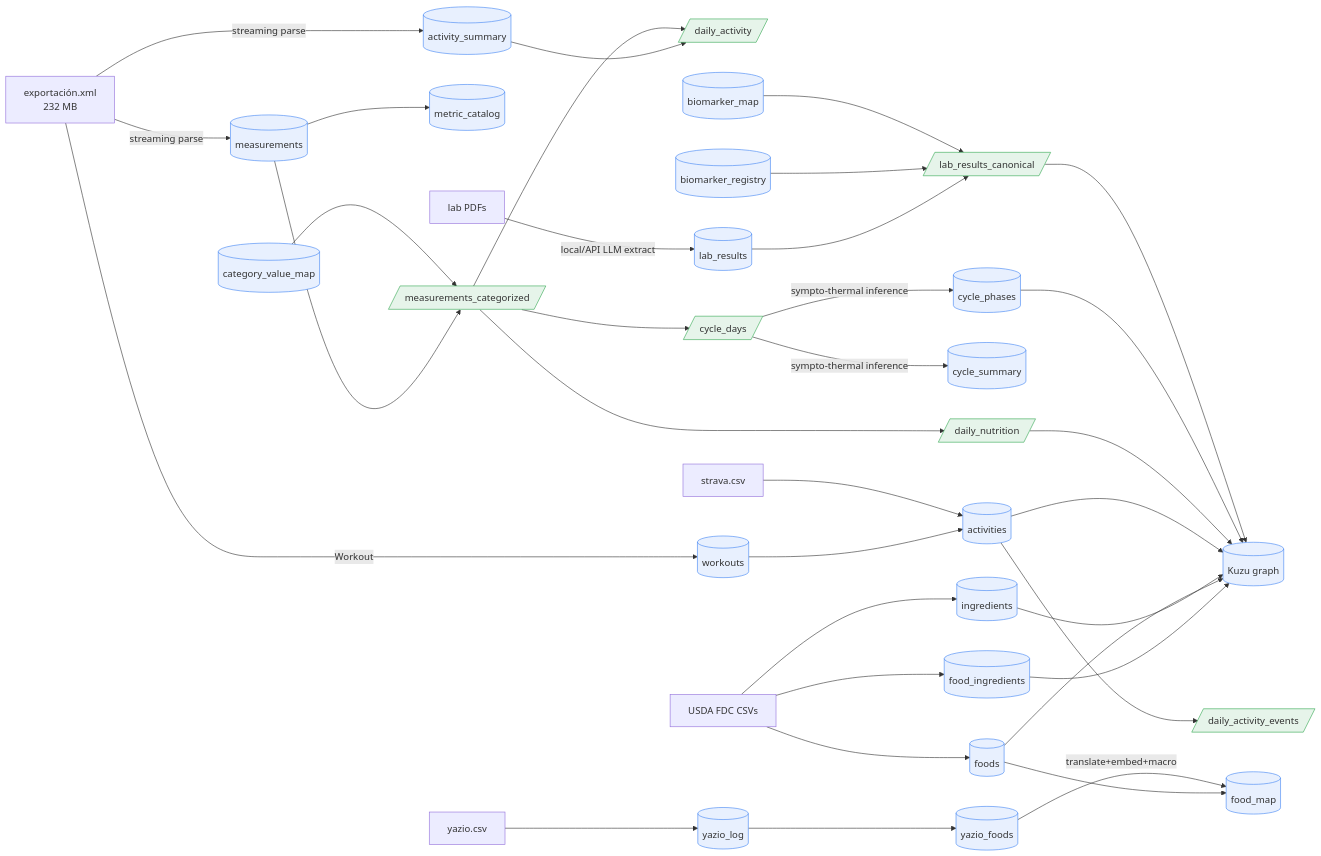
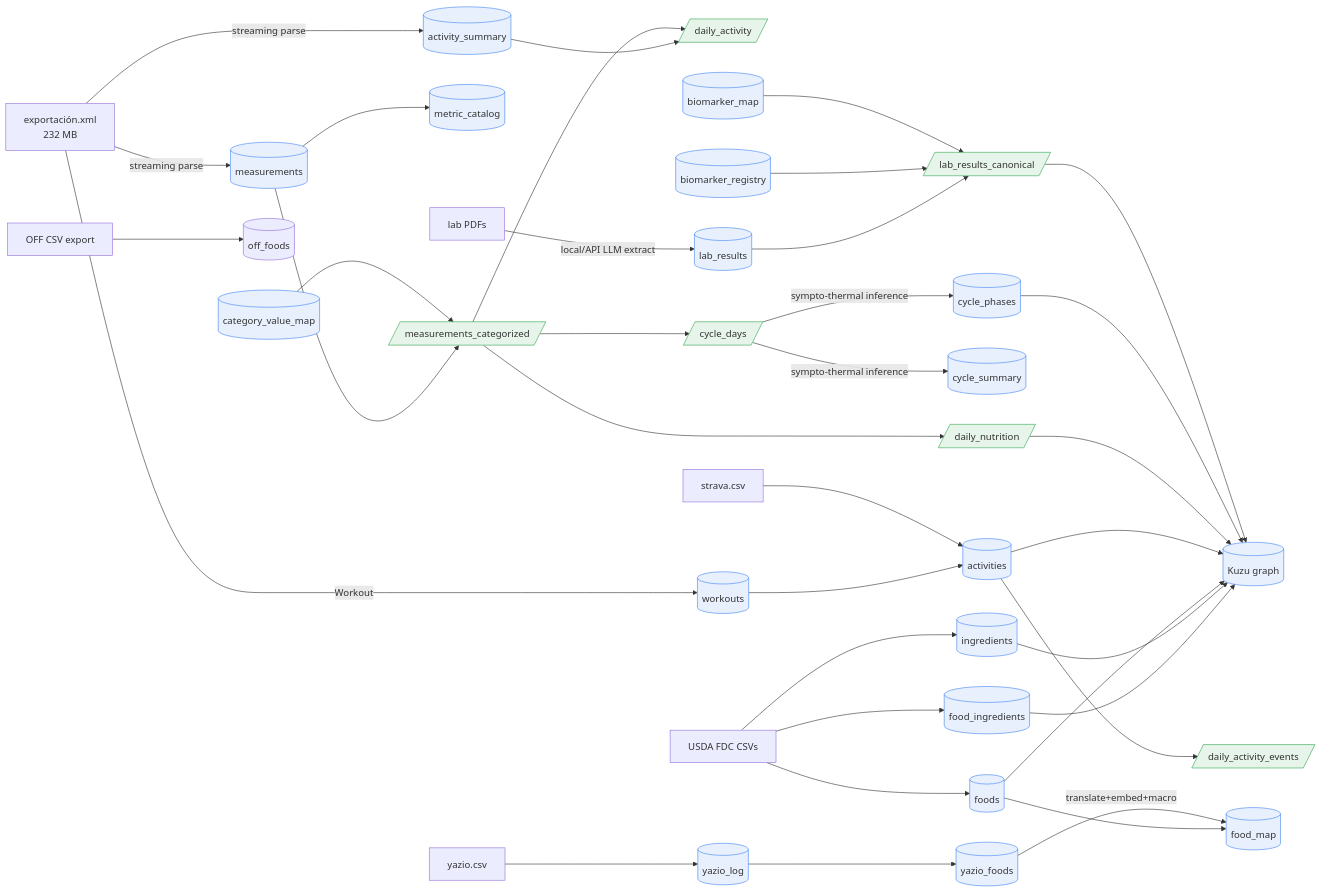
One commit to verapalotai/syncology changed the diagram in docs/schema.md. Above: the diagram before and after it, drawn with Mermaid. The commit also changed other lines of this file and 6 other files, not shown here.

````diff
--- a/docs/schema.md
+++ b/docs/schema.md
@@ -27,44 +27,45 @@
 ```mermaid
 flowchart LR
   XML[exportación.xml\n232 MB] -->|streaming parse| M[(measurements)]
   XML -->|streaming parse| AS[(activity_summary)]
   M --> MC[(metric_catalog)]
   CVM[(category_value_map)] --> CAT[/measurements_categorized/]
   M --> CAT
   CAT --> DA[/daily_activity/]
   AS --> DA
   CAT --> DN[/daily_nutrition/]
   CAT --> CD[/cycle_days/]
   CD -->|sympto-thermal inference| CP[(cycle_phases)]
   CD -->|sympto-thermal inference| CS[(cycle_summary)]
 
   PDF[lab PDFs] -->|local/API LLM extract| LR[(lab_results)]
   BM[(biomarker_map)] --> LC[/lab_results_canonical/]
   BR[(biomarker_registry)] --> LC
   LR --> LC
 
   STV[strava.csv] --> ACT[(activities)]
   XML -->|Workout| WK[(workouts)]
   WK --> ACT
   ACT --> DAE[/daily_activity_events/]
 
   FDC[USDA FDC CSVs] --> FD[(foods)]
   FDC --> ING[(ingredients)]
   FDC --> FI[(food_ingredients)]
+  OFF[OFF CSV export] --> OF[(off_foods)]
   YZ[yazio.csv] --> YL[(yazio_log)] --> YF[(yazio_foods)]
   YF -->|translate+embed+macro| FM[(food_map)]
   FD --> FM
 
   LC --> KG[(Kuzu graph)]
   CP --> KG
   DN --> KG
   ACT --> KG
   FD --> KG
   ING --> KG
   FI --> KG
 
   classDef tbl fill:#e8f0fe,stroke:#4285f4;
   classDef view fill:#e6f4ea,stroke:#34a853;
   class M,AS,MC,CVM,CP,CS,LR,BM,BR,WK,ACT,FD,ING,FI,YL,YF,FM,KG tbl;
   class CAT,DA,DN,CD,LC,DAE view;
 ```
````
